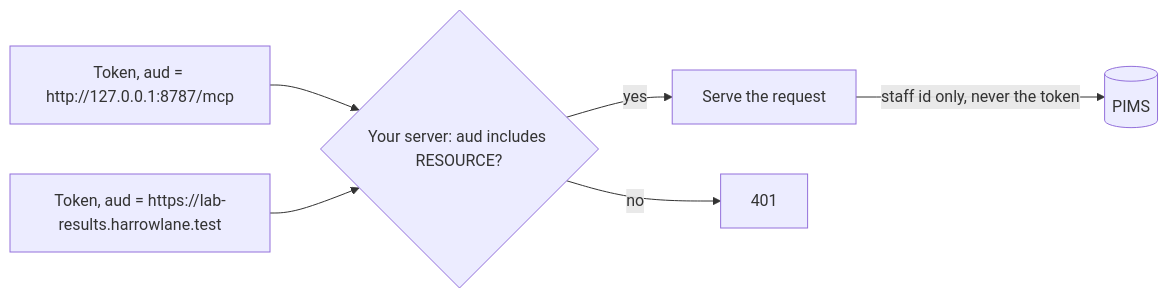
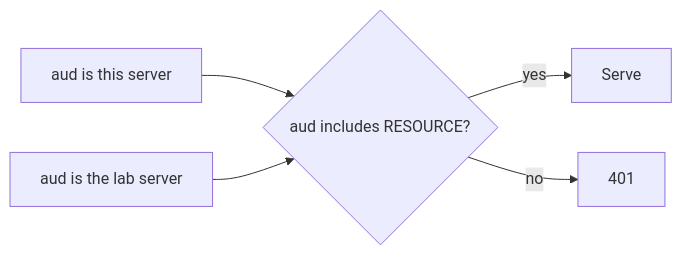
Before and after one commit to learnwithparam/mcp-workshop: the diagram in parts/03-open-the-server-safely/04-check-the-audience/problem/README.md, drawn with Mermaid. The commit also changed other lines of this file and 153 other files, not shown here.

````diff
--- a/parts/03-open-the-server-safely/04-check-the-audience/problem/README.md
+++ b/parts/03-open-the-server-safely/04-check-the-audience/problem/README.md
@@ -15,8 +7,7 @@
 ```mermaid
 flowchart LR
-  T1[Token, aud = http://127.0.0.1:8787/mcp] --> S{Your server: aud includes RESOURCE?}
-  T2[Token, aud = https://lab-results.harrowlane.test] --> S
-  S -- yes --> OK[Serve the request]
+  T1[aud is this server] --> S{aud includes RESOURCE?}
+  T2[aud is the lab server] --> S
+  S -- yes --> OK[Serve]
   S -- no --> NO[401]
-  OK -- "staff id only, never the token" --> P[(PIMS)]
 ```
````
